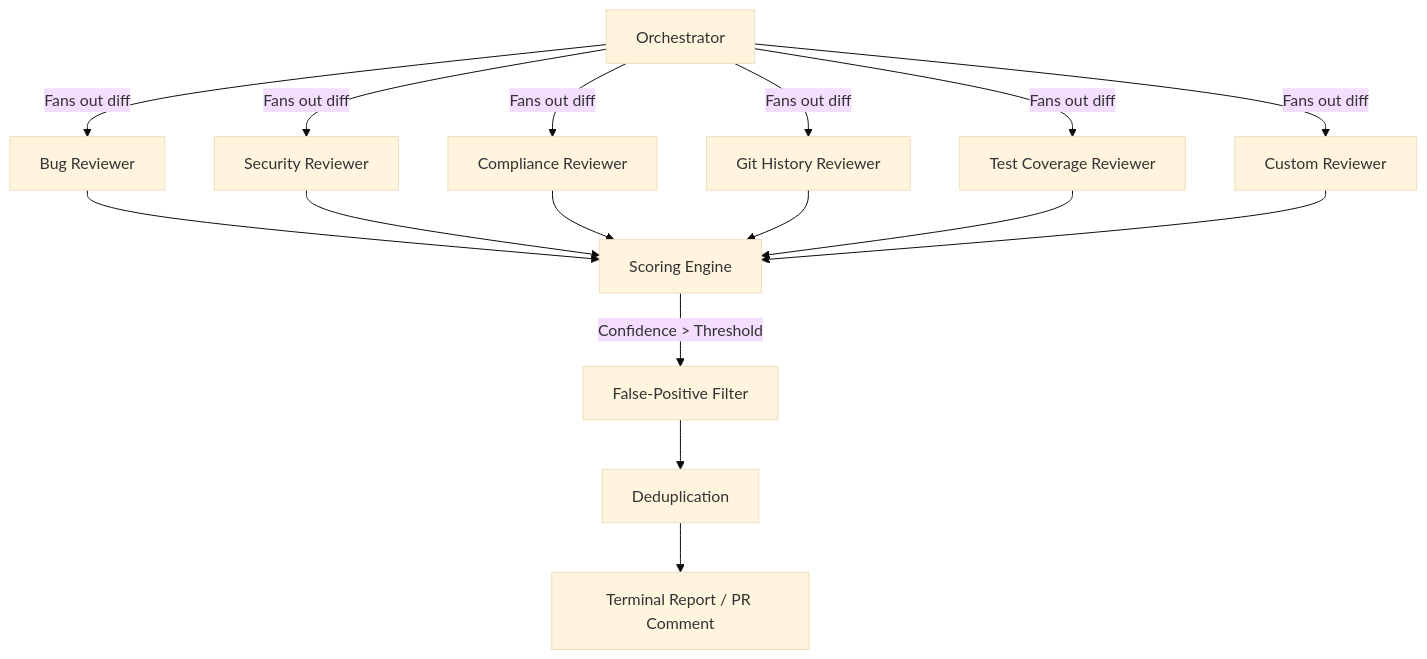
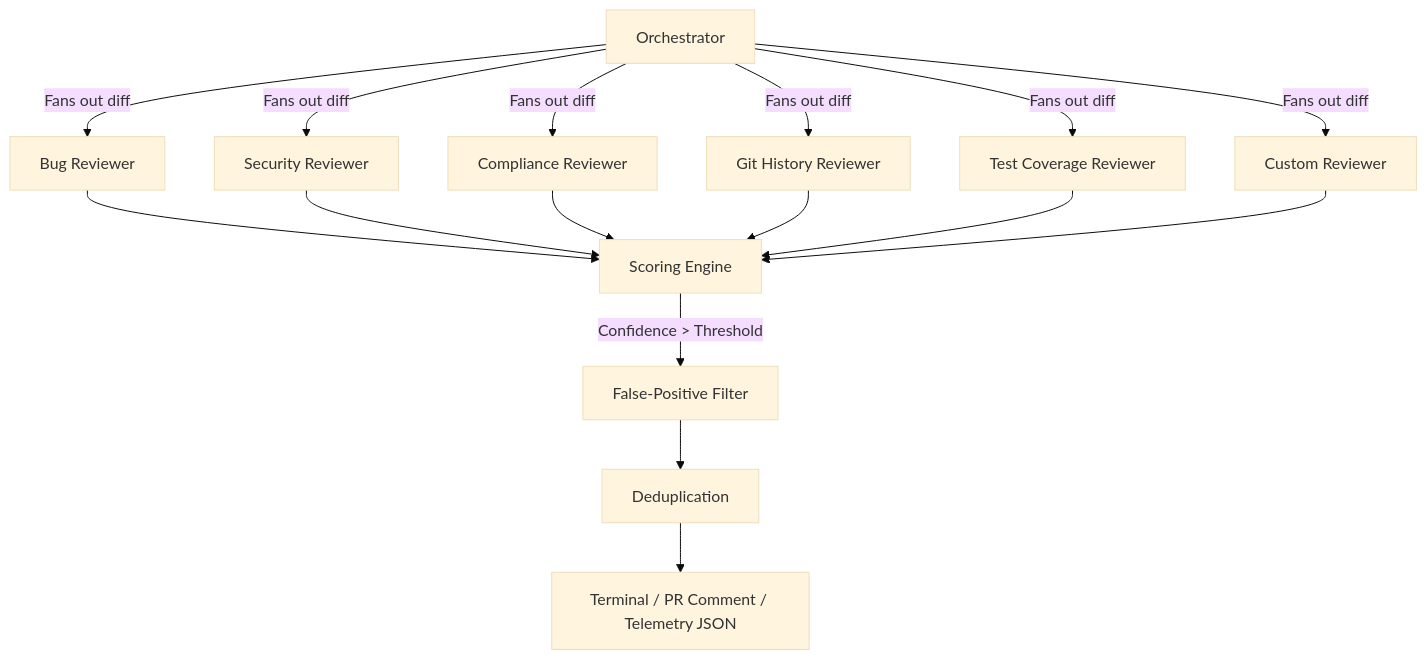
The diagram in README.md (MANOJ21K/agentic-code-review), drawn with Mermaid (base theme) before and after one commit. The commit also changed other lines of this file and 7 other files, not shown here.

````diff
--- a/README.md
+++ b/README.md
@@ -21,20 +83,20 @@
 ```mermaid
 flowchart TD
     O[Orchestrator] -->|Fans out diff| R1[Bug Reviewer]
     O -->|Fans out diff| R2[Security Reviewer]
     O -->|Fans out diff| R3[Compliance Reviewer]
     O -->|Fans out diff| R4[Git History Reviewer]
     O -->|Fans out diff| R5[Test Coverage Reviewer]
     O -->|Fans out diff| R6[Custom Reviewer]
     
     R1 --> S[Scoring Engine]
     R2 --> S
     R3 --> S
     R4 --> S
     R5 --> S
     R6 --> S
     
     S -->|Confidence > Threshold| F[False-Positive Filter]
     F --> D[Deduplication]
-    D --> Rep[Terminal Report / PR Comment]
+    D --> Rep[Terminal / PR Comment / Telemetry JSON]
 ```
````
